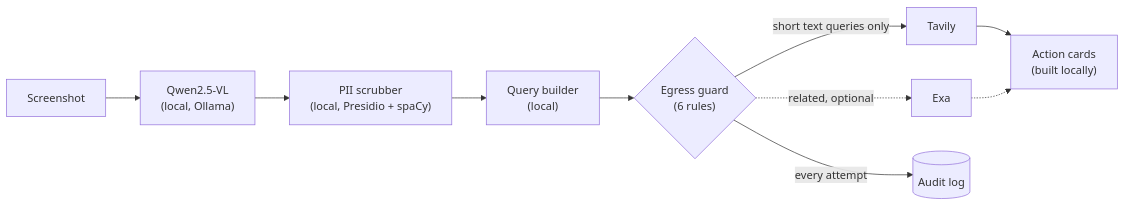
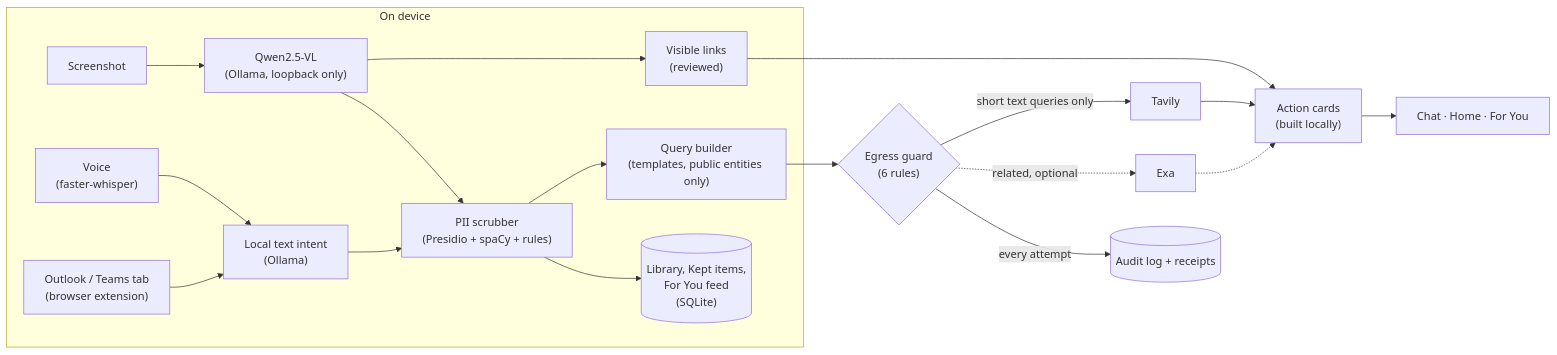
Before and after one commit to yashkava05/Leo369_Hack1984: the diagram in README.md, drawn with Mermaid. The commit also changed other lines of this file, not shown here.

First line of the commit message:
Rewrite README: every current feature, setup, privacy and roadmap (#83)

````diff
--- a/README.md
+++ b/README.md
@@ -32,12 +144,21 @@
 ```mermaid
 flowchart LR
-    S[Screenshot] --> V["Qwen2.5-VL<br/>(local, Ollama)"]
-    V --> P["PII scrubber<br/>(local, Presidio + spaCy)"]
-    P --> Q["Query builder<br/>(local)"]
+    subgraph Device["On device"]
+        S[Screenshot] --> V["Qwen2.5-VL<br/>(Ollama, loopback only)"]
+        M["Voice<br/>(faster-whisper)"] --> V2["Local text intent<br/>(Ollama)"]
+        B["Outlook / Teams tab<br/>(browser extension)"] --> V2
+        V --> L["Visible links<br/>(reviewed)"]
+        V --> P["PII scrubber<br/>(Presidio + spaCy + rules)"]
+        V2 --> P
+        P --> Q["Query builder<br/>(templates, public entities only)"]
+        P --> K[("Library, Kept items,<br/>For You feed<br/>(SQLite)")]
+    end
     Q --> G{"Egress guard<br/>(6 rules)"}
     G -->|"short text queries only"| T[Tavily]
     G -.->|"related, optional"| E[Exa]
+    G -->|"every attempt"| A[(Audit log + receipts)]
     T --> C["Action cards<br/>(built locally)"]
     E -.-> C
-    G -->|"every attempt"| A[(Audit log)]
+    L --> C
+    C --> U["Chat · Home · For You"]
 ```
````
